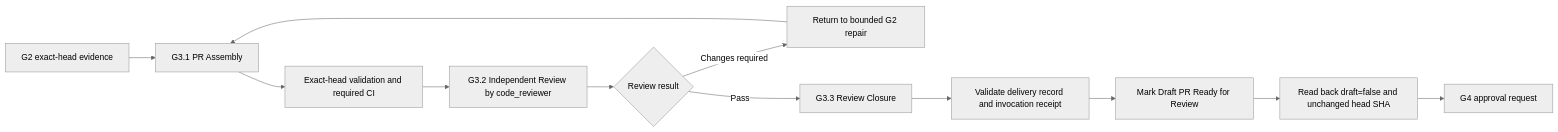
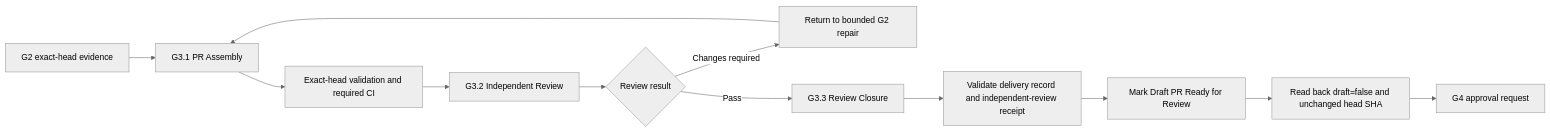
Before and after one commit to nhatnguyenquang1838-coder/gwc: the diagram in skills/gwc-g3/SKILL.md, drawn with Mermaid (neutral theme). The commit also changed other lines of this file, not shown here.

Commit message:
fix(g3): add human review fallback for connector mode

````diff
--- a/skills/gwc-g3/SKILL.md
+++ b/skills/gwc-g3/SKILL.md
@@ -32,14 +32,14 @@
 ```mermaid
 flowchart LR
     A[G2 exact-head evidence] --> B[G3.1 PR Assembly]
     B --> C[Exact-head validation and required CI]
-    C --> D[G3.2 Independent Review by code_reviewer]
+    C --> D[G3.2 Independent Review]
     D --> E{Review result}
     E -- Changes required --> F[Return to bounded G2 repair]
     F --> B
     E -- Pass --> G[G3.3 Review Closure]
-    G --> H[Validate delivery record and invocation receipt]
+    G --> H[Validate delivery record and independent-review receipt]
     H --> I[Mark Draft PR Ready for Review]
     I --> J[Read back draft=false and unchanged head SHA]
     J --> K[G4 approval request]
 ```
````
